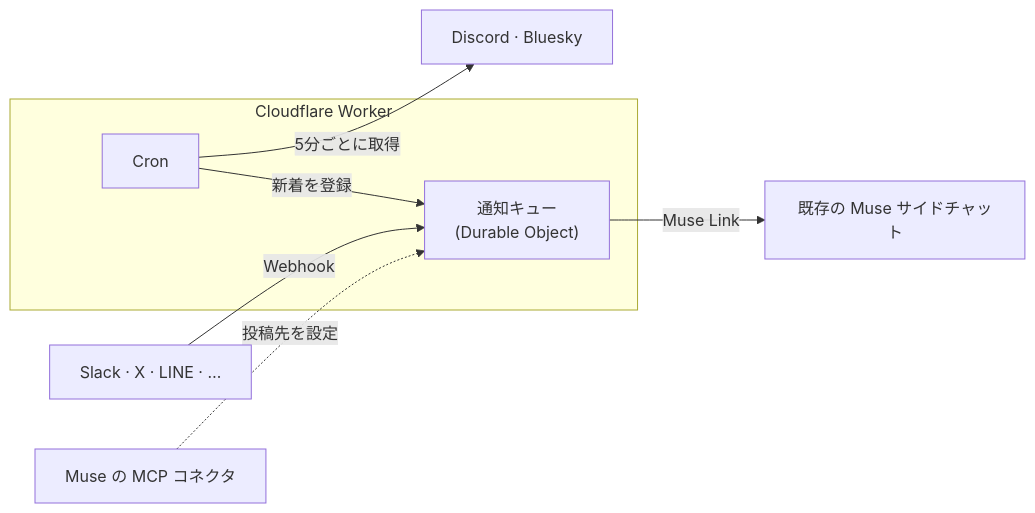
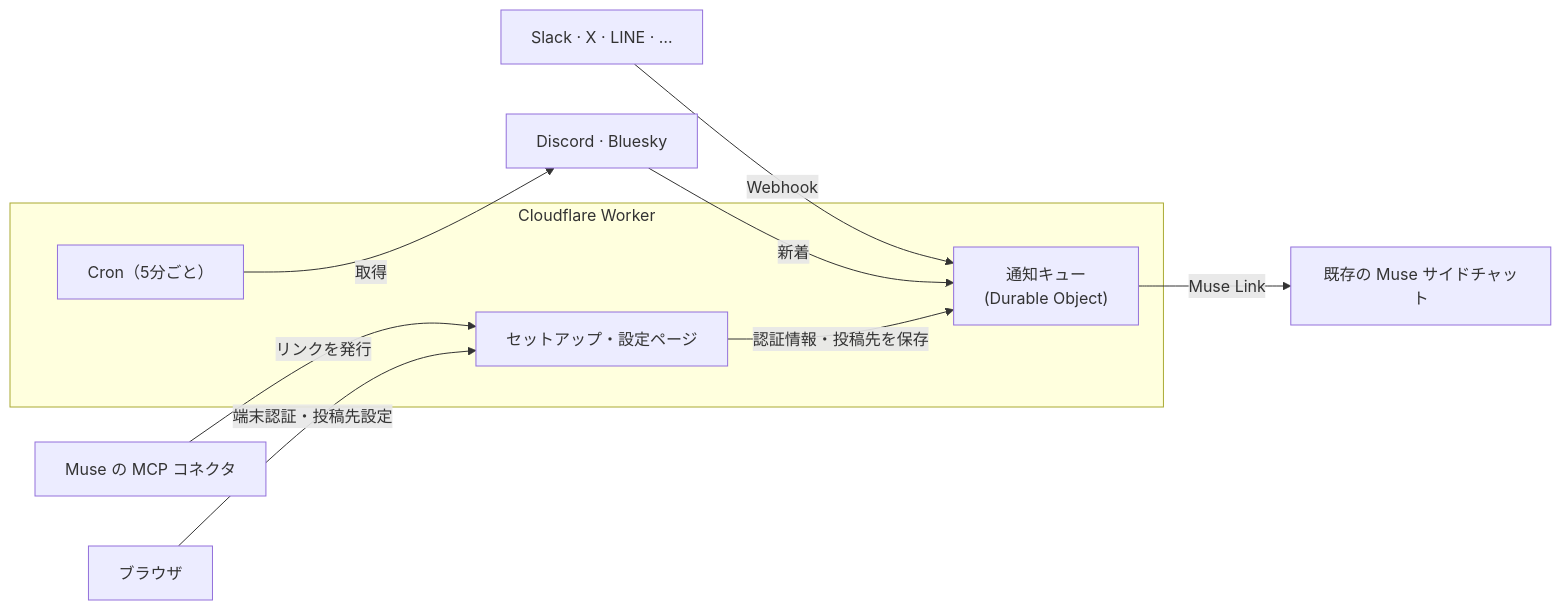
Before and after one commit to Code-Hex/MuseKnock: the diagram in README.ja.md, drawn with Mermaid. The commit also changed 2 other files, not shown here.

Commit message:
Correct setup and polling flow diagrams

````diff
--- a/README.ja.md
+++ b/README.ja.md
@@ -16,10 +16,15 @@
 ```mermaid
 flowchart LR
     hooks["Slack · X · LINE · …"] -->|Webhook| inbox
+    feeds["Discord · Bluesky"] -->|新着| inbox
     subgraph worker["Cloudflare Worker"]
-        cron["Cron"] -->|"新着を登録"| inbox["通知キュー<br/>(Durable Object)"]
+        cron["Cron（5分ごと）"]
+        setup["セットアップ・設定ページ"]
+        inbox["通知キュー<br/>(Durable Object)"]
     end
-    cron -->|"5分ごとに取得"| feeds["Discord · Bluesky"]
-    admin["Muse の MCP コネクタ"] -.->|"投稿先を設定"| inbox
+    cron -->|取得| feeds
+    admin["Muse の MCP コネクタ"] -->|リンクを発行| setup
+    browser["ブラウザ"] -->|端末認証・投稿先設定| setup
+    setup -->|認証情報・投稿先を保存| inbox
     inbox -->|"Muse Link"| chat["既存の Muse サイドチャット"]
 ```
````
